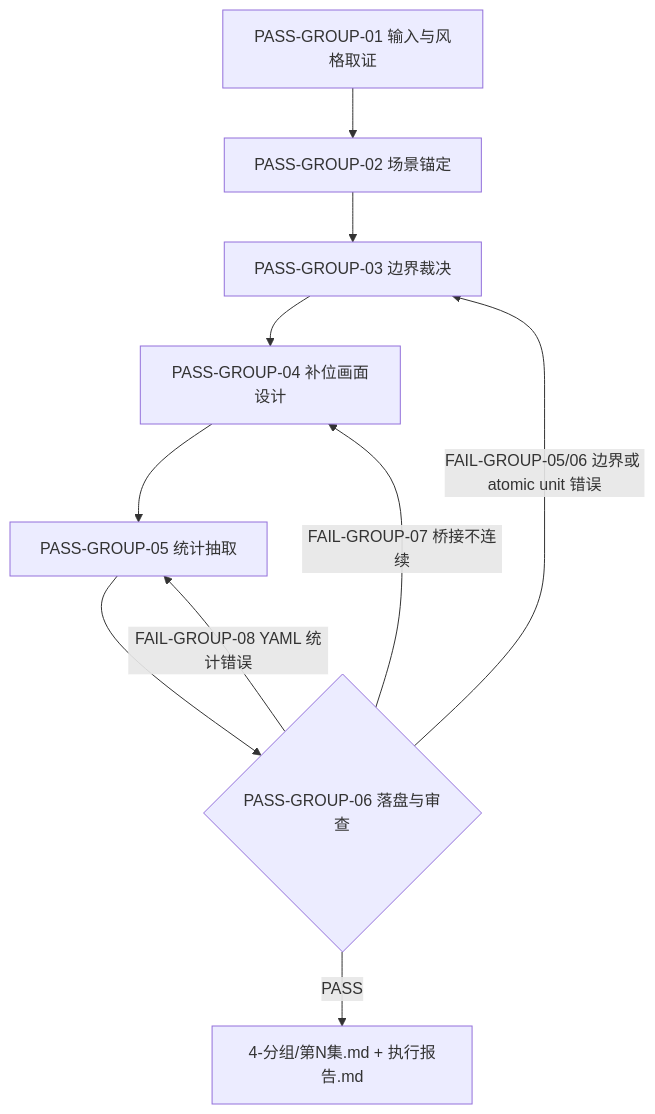
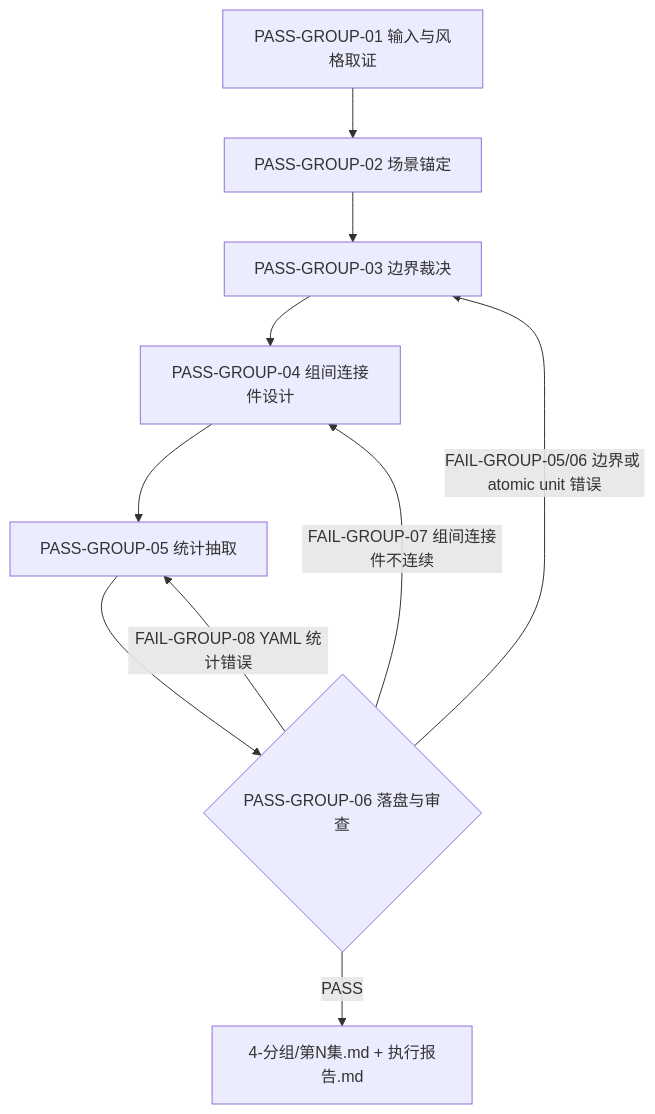
The third of 4 diagrams in .agents/skills/aigc/4-分组/SKILL.md (ZEN-VOID/AI-CUT), drawn with Mermaid before and after one commit. The commit also changed other lines of this file and 85 other files, not shown here.

````diff
--- a/.agents/skills/aigc/4-分组/SKILL.md
+++ b/.agents/skills/aigc/4-分组/SKILL.md
@@ -112,12 +113,12 @@
 ```mermaid
 flowchart TD
     P1["PASS-GROUP-01 输入与风格取证"] --> P2["PASS-GROUP-02 场景锚定"]
     P2 --> P3["PASS-GROUP-03 边界裁决"]
-    P3 --> P4["PASS-GROUP-04 补位画面设计"]
+    P3 --> P4["PASS-GROUP-04 组间连接件设计"]
     P4 --> P5["PASS-GROUP-05 统计抽取"]
     P5 --> P6{"PASS-GROUP-06 落盘与审查"}
     P6 -->|"PASS"| O["4-分组/第N集.md + 执行报告.md"]
     P6 -->|"FAIL-GROUP-05/06 边界或 atomic unit 错误"| P3
-    P6 -->|"FAIL-GROUP-07 桥接不连续"| P4
+    P6 -->|"FAIL-GROUP-07 组间连接件不连续"| P4
     P6 -->|"FAIL-GROUP-08 YAML 统计错误"| P5
 ```
````
